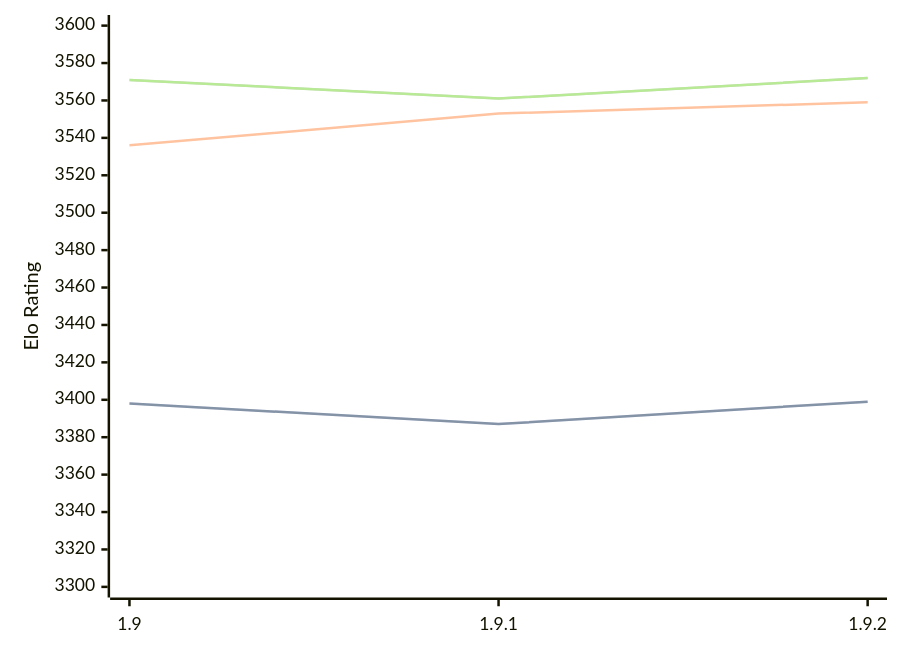
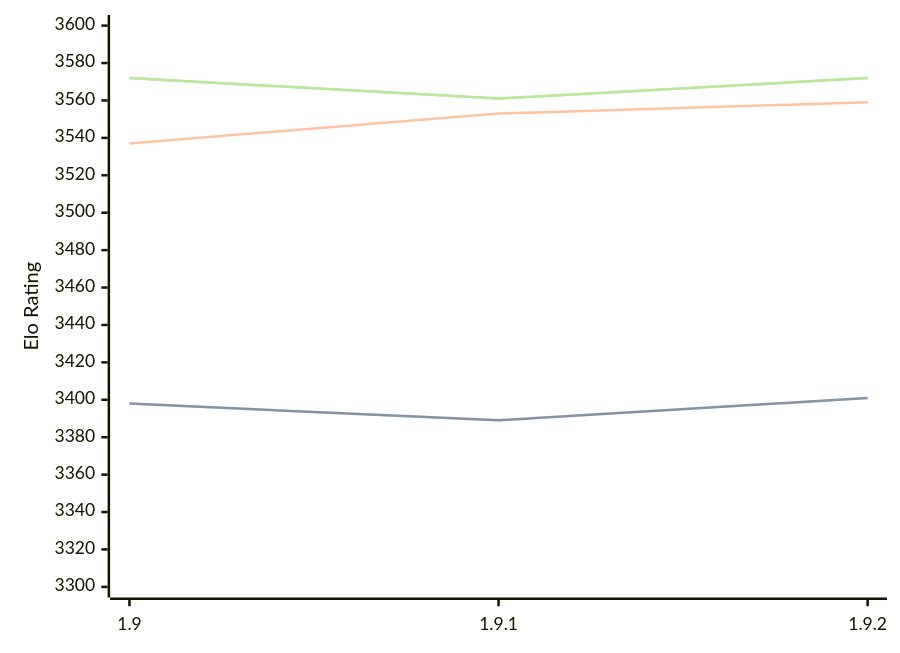
The diagram in engines/Pawnocchio.md (computer-chess-index/cci), drawn with Mermaid before and after one commit. The commit also changed other lines of this file, not shown here.

Commit message:
Update CCI Ratings (ELO VLTC) - 2026-04-01

````diff
--- a/engines/Pawnocchio.md
+++ b/engines/Pawnocchio.md
@@ -48,11 +48,11 @@
 ```mermaid
 %%{init: {"theme":"base","themeVariables":{"seriesColors:['#a3a3a3','#222221','#faa371']}}}%%
 xychart-beta
   x-axis ["1.9", "1.9.1", "1.9.2"]
   y-axis "Elo Rating" 3300 --> 3600
-  line "STC (8.0+0.08s)" [3398, 3387, 3399]
-  line "STC (8.0+0.08s)" [3398, 3387, 3399]
-  line "LTC (60.0+0.60s)" [3536, 3553, 3559]
-  line "VLTC (2m24s+1.12s)" [3571, 3561, 3572]
-  line "VLTC (2m24s+1.12s)" [3571, 3561, 3572]
+  line "STC (8.0+0.08s)" [3398, 3389, 3401]
+  line "STC (8.0+0.08s)" [3398, 3389, 3401]
+  line "LTC (60.0+0.60s)" [3537, 3553, 3559]
+  line "VLTC (2m24s+1.12s)" [3572, 3561, 3572]
+  line "VLTC (2m24s+1.12s)" [3572, 3561, 3572]
 ```
````
